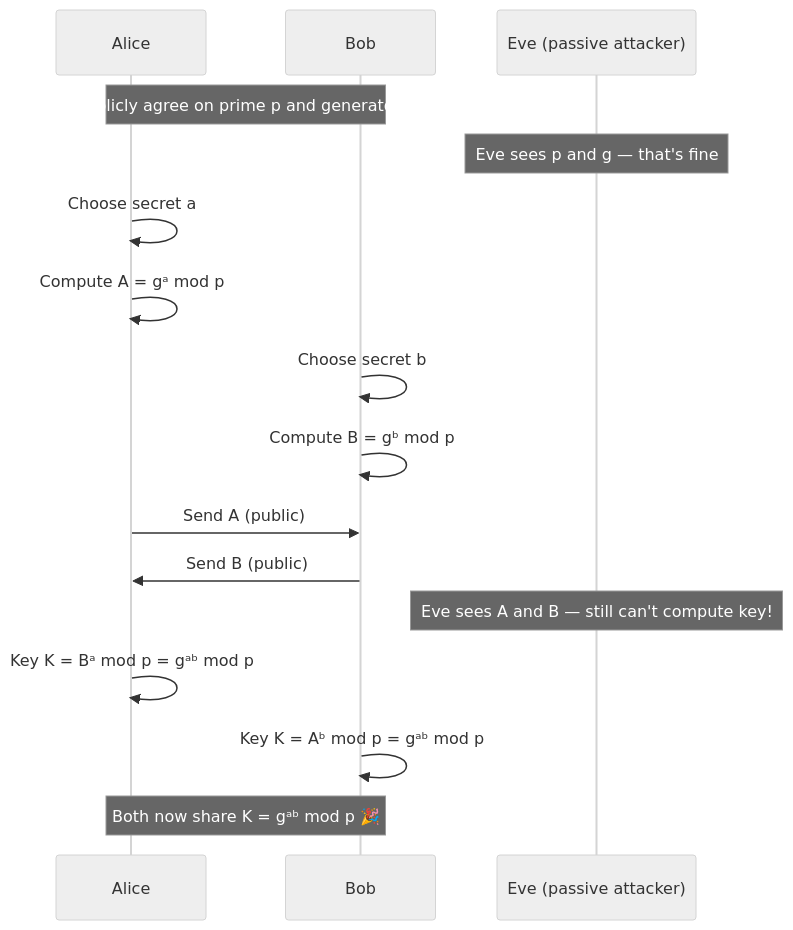
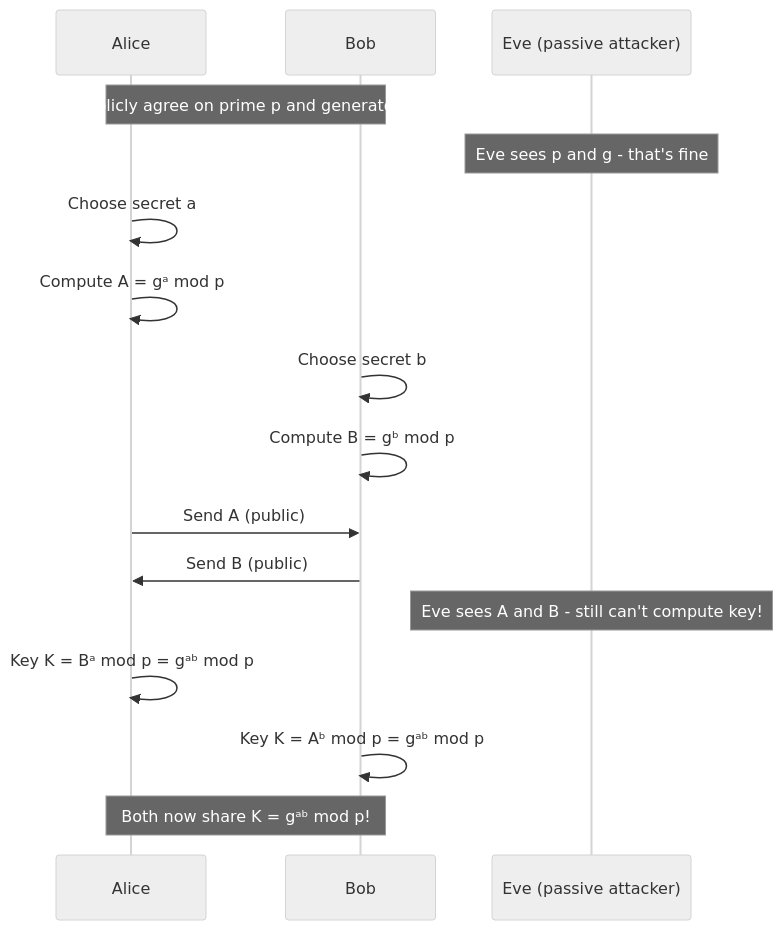
Before and after one commit to sabrinahaniff/CIS4520-Notes: the first of 3 diagrams in docs/diffie-hellman.md, drawn with Mermaid (neutral theme). The commit also changed other lines of this file, not shown here.

````diff
--- a/docs/diffie-hellman.md
+++ b/docs/diffie-hellman.md
@@ -50,23 +53,23 @@
 ```mermaid
 sequenceDiagram
     participant A as Alice
     participant B as Bob
     participant E as Eve (passive attacker)
 
     Note over A,B: Publicly agree on prime p and generator g
-    Note over E: Eve sees p and g — that's fine
+    Note over E: Eve sees p and g - that's fine
 
     A->>A: Choose secret a
     A->>A: Compute A = gᵃ mod p
     B->>B: Choose secret b
     B->>B: Compute B = gᵇ mod p
 
     A->>B: Send A (public)
     B->>A: Send B (public)
-    Note over E: Eve sees A and B — still can't compute key!
+    Note over E: Eve sees A and B - still can't compute key!
 
     A->>A: Key K = Bᵃ mod p = gᵃᵇ mod p
     B->>B: Key K = Aᵇ mod p = gᵃᵇ mod p
 
-    Note over A,B: Both now share K = gᵃᵇ mod p 🎉
+    Note over A,B: Both now share K = gᵃᵇ mod p!
 ```
````
